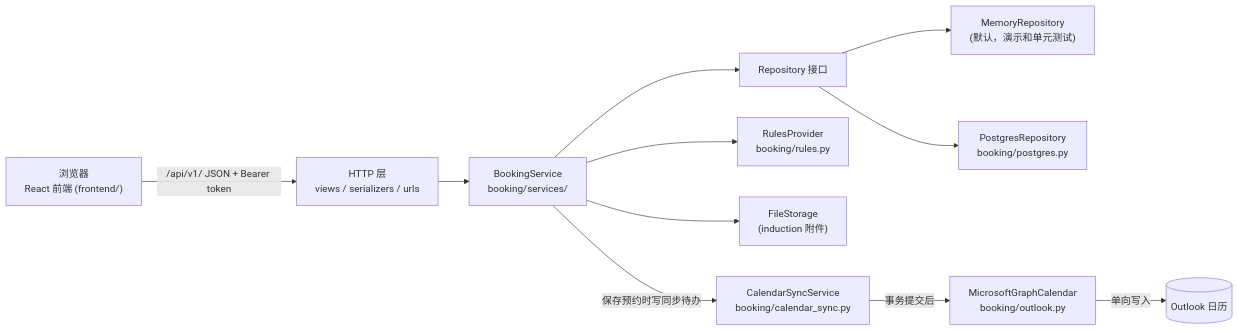
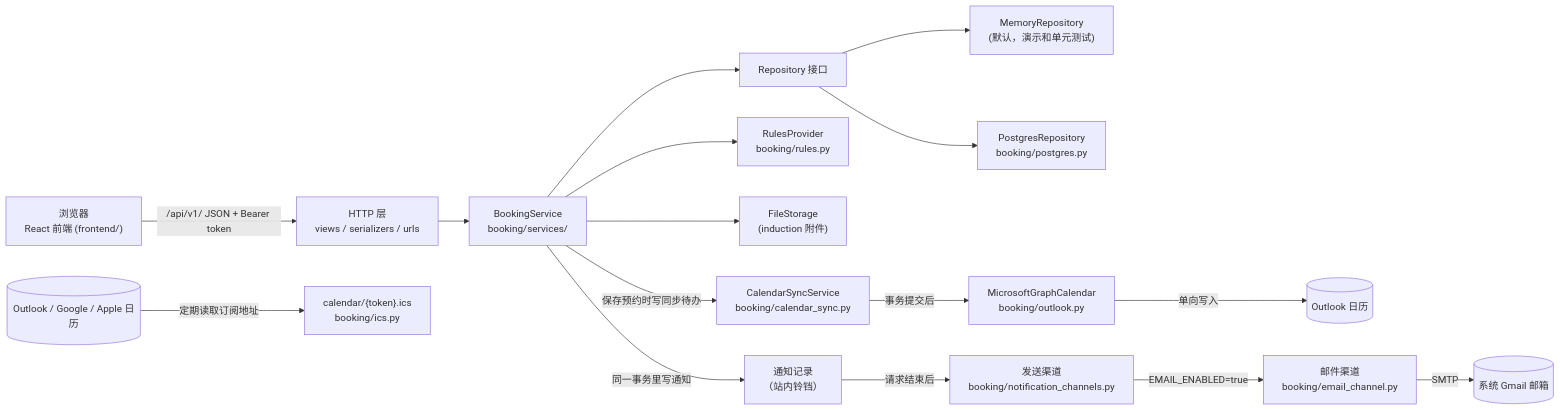
One commit to loy3z/SmartLab changed the first of 2 diagrams in ARCHITECTURE.md. Above: the diagram before and after it, drawn with Mermaid. The commit also changed other lines of this file and 143 other files, not shown here.

Commit message:
Sprint 3: 1.14.0-1.17.0 (email, booking records, visual pass, usability review, functional controls)

````diff
--- a/ARCHITECTURE.md
+++ b/ARCHITECTURE.md
@@ -7,13 +7,18 @@
 ```mermaid
 flowchart LR
     Browser["浏览器<br>React 前端 (frontend/)"] -->|"/api/v1/ JSON + Bearer token"| API["HTTP 层<br>views / serializers / urls"]
     API --> Service["BookingService<br>booking/services/"]
     Service --> Repo["Repository 接口"]
     Repo --> Mem["MemoryRepository<br>(默认，演示和单元测试)"]
     Repo --> PG["PostgresRepository<br>booking/postgres.py"]
     Service --> Rules["RulesProvider<br>booking/rules.py"]
     Service --> Storage["FileStorage<br>(induction 附件)"]
     Service -->|"保存预约时写同步待办"| Sync["CalendarSyncService<br>booking/calendar_sync.py"]
     Sync -->|"事务提交后"| Graph["MicrosoftGraphCalendar<br>booking/outlook.py"]
     Graph -->|"单向写入"| Outlook[("Outlook 日历")]
+    Service -->|"同一事务里写通知"| Notes["通知记录<br>（站内铃铛）"]
+    Notes -->|"请求结束后"| Channels["发送渠道<br>booking/notification_channels.py"]
+    Channels -->|"EMAIL_ENABLED=true"| Mail["邮件渠道<br>booking/email_channel.py"]
+    Mail -->|"SMTP"| Gmail[("系统 Gmail 邮箱")]
+    CalApp[("Outlook / Google / Apple 日历")] -->|"定期读取订阅地址"| Feed["calendar/{token}.ics<br>booking/ics.py"]
 ```
````
